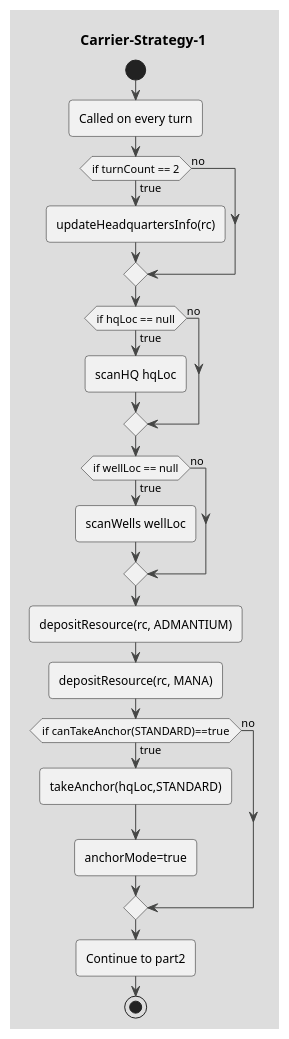
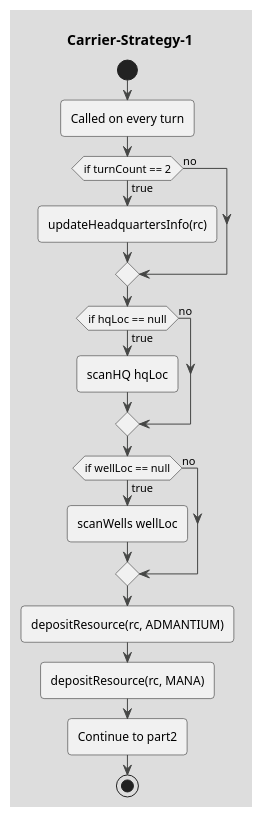
Before and after one commit to coding-to-music/plantuml-diagram-examples: the diagram in drawings/Carrier-Stategy-1.puml, drawn with PlantUML. The commit also changed 3 other files, not shown here.

```diff
--- a/drawings/Carrier-Stategy-1.puml
+++ b/drawings/Carrier-Stategy-1.puml
@@ -1,33 +1,27 @@
 @startuml Carrier-Strategy-1
 !theme toy 
 title Carrier-Strategy-1
 start
 
 :Called on every turn; 
 
 if (if turnCount == 2) then (true) 
 :updateHeadquartersInfo(rc); 
 else (no)
 endif
 if (if hqLoc == null) then (true) 
 :scanHQ hqLoc; 
 else (no)
 endif
 if (if wellLoc == null) then (true) 
 :scanWells wellLoc; 
 else (no)
 endif
 
 :depositResource(rc, ADMANTIUM); 
 
 :depositResource(rc, MANA); 
 
-if (if canTakeAnchor(STANDARD)==true) then (true) 
-:takeAnchor(hqLoc,STANDARD); 
-:anchorMode=true;
-else (no)
-endif
-
 :Continue to part2; 
 stop
 @enduml
```
